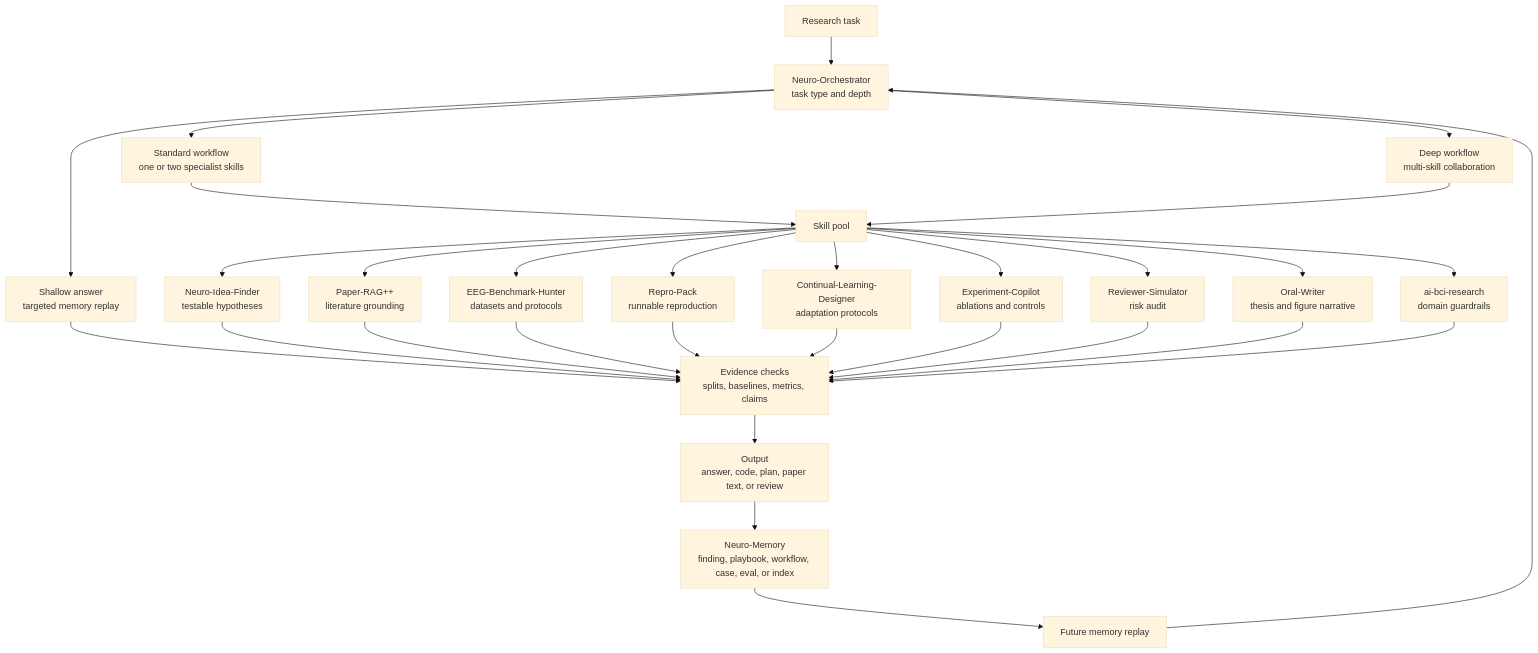
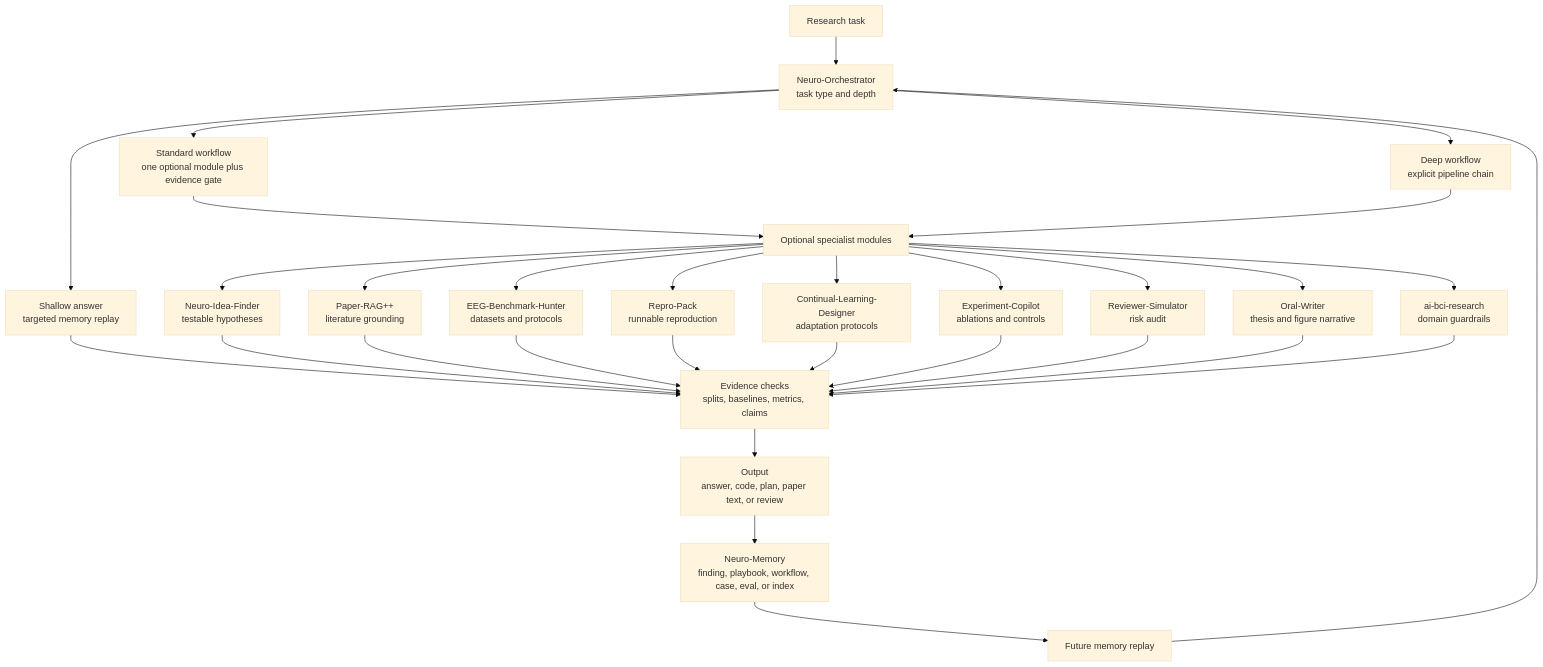
Before and after one commit to dongyangli-del/NeuroFlow-Agent: the first of 3 diagrams in README.md, drawn with Mermaid (base theme). The commit also changed other lines of this file and 24 other files, not shown here.

Commit message:
Define NeuroFlow single-entry workflow

````diff
--- a/README.md
+++ b/README.md
@@ -131,39 +157,39 @@
 ```mermaid
 flowchart TD
     accTitle: NeuroFlow Persistent Workflow
-    accDescr: A task is routed by depth, executed through one or more specialist skills, checked against AI x BCI evidence rules, and consolidated into durable memory when the result should affect future sessions.
+    accDescr: A task enters through Neuro-Orchestrator, follows one explicit pipeline, optionally uses specialist modules, checks AI x BCI evidence rules, and consolidates durable memory when needed.
 
     task[Research task] --> triage[Neuro-Orchestrator<br/>task type and depth]
     triage --> shallow[Shallow answer<br/>targeted memory replay]
-    triage --> standard[Standard workflow<br/>one or two specialist skills]
-    triage --> deep[Deep workflow<br/>multi-skill collaboration]
+    triage --> standard[Standard workflow<br/>one optional module plus evidence gate]
+    triage --> deep[Deep workflow<br/>explicit pipeline chain]
 
-    standard --> skill_pool[Skill pool]
+    standard --> skill_pool[Optional specialist modules]
     deep --> skill_pool
 
     skill_pool --> idea[Neuro-Idea-Finder<br/>testable hypotheses]
     skill_pool --> rag[Paper-RAG++<br/>literature grounding]
     skill_pool --> benchmark[EEG-Benchmark-Hunter<br/>datasets and protocols]
     skill_pool --> repro[Repro-Pack<br/>runnable reproduction]
     skill_pool --> continual[Continual-Learning-Designer<br/>adaptation protocols]
     skill_pool --> experiment[Experiment-Copilot<br/>ablations and controls]
     skill_pool --> review[Reviewer-Simulator<br/>risk audit]
     skill_pool --> oral[Oral-Writer<br/>thesis and figure narrative]
     skill_pool --> bci[ai-bci-research<br/>domain guardrails]
 
     shallow --> evidence[Evidence checks<br/>splits, baselines, metrics, claims]
     idea --> evidence
     rag --> evidence
     benchmark --> evidence
     repro --> evidence
     continual --> evidence
     experiment --> evidence
     review --> evidence
     oral --> evidence
     bci --> evidence
 
     evidence --> output[Output<br/>answer, code, plan, paper text, or review]
     output --> memory[Neuro-Memory<br/>finding, playbook, workflow, case, eval, or index]
     memory --> replay[Future memory replay]
     replay --> triage
 ```
````
